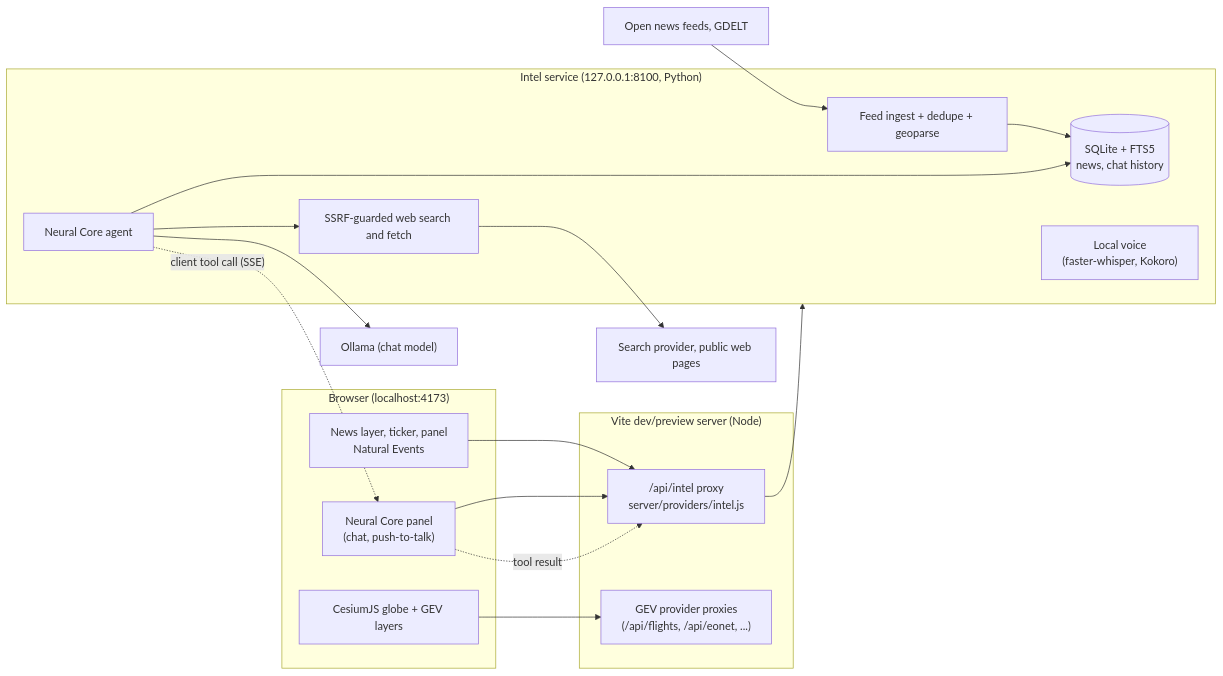
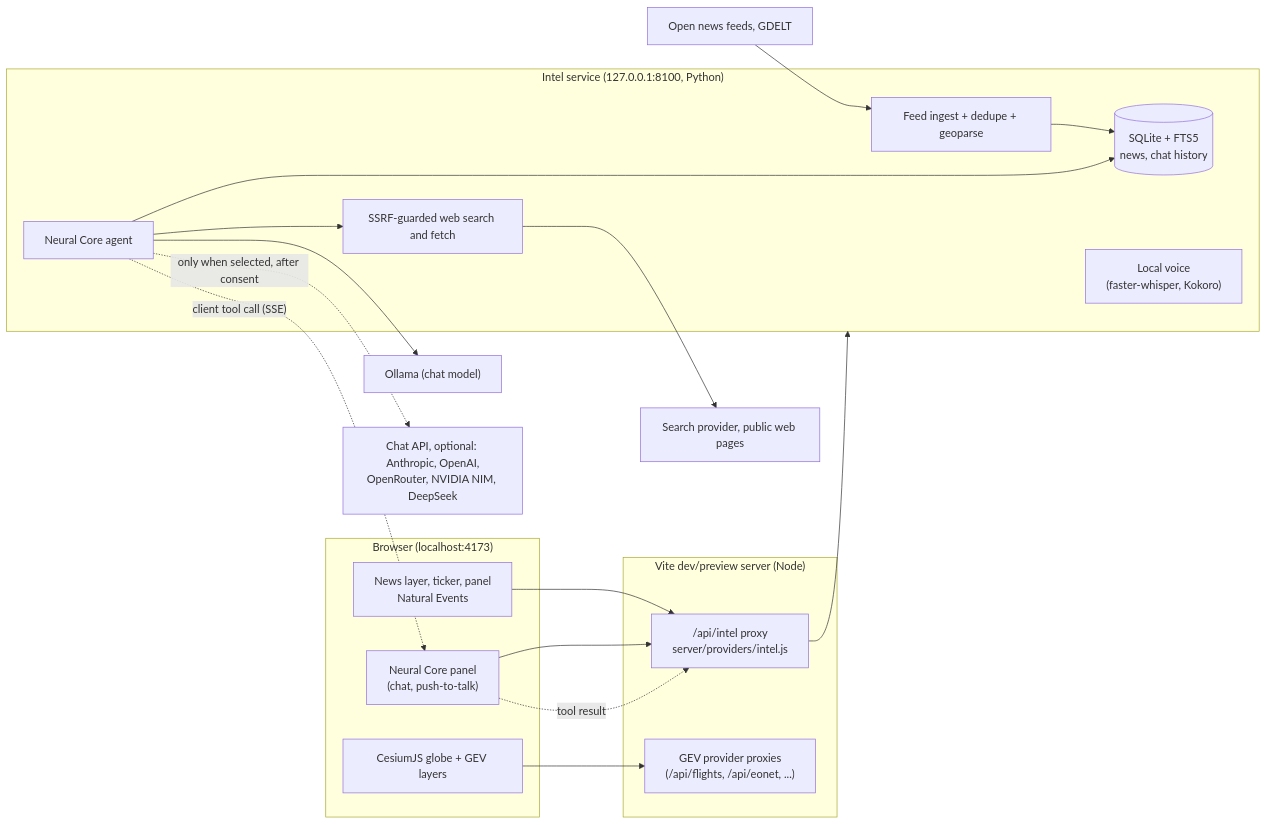
The diagram in docs/ARCHITECTURE.md (MuraliKannan172/SPECTRE), drawn with Mermaid before and after one commit. The commit also changed other lines of this file and 5 other files, not shown here.

````diff
--- a/docs/ARCHITECTURE.md
+++ b/docs/ARCHITECTURE.md
@@ -5,33 +5,35 @@
 ```mermaid
 flowchart LR
   subgraph Browser["Browser (localhost:4173)"]
     Globe["CesiumJS globe + GEV layers"]
     NewsUI["News layer, ticker, panel<br/>Natural Events"]
     NC["Neural Core panel<br/>(chat, push-to-talk)"]
   end
   subgraph Vite["Vite dev/preview server (Node)"]
     Proxy["/api/intel proxy<br/>server/providers/intel.js"]
     GevProviders["GEV provider proxies<br/>(/api/flights, /api/eonet, ...)"]
   end
   subgraph Intel["Intel service (127.0.0.1:8100, Python)"]
     Ingest["Feed ingest + dedupe + geoparse"]
     Store[("SQLite + FTS5<br/>news, chat history")]
     Agent["Neural Core agent"]
     Web["SSRF-guarded web search and fetch"]
     Voice["Local voice<br/>(faster-whisper, Kokoro)"]
   end
   Ollama["Ollama (chat model)"]
   Feeds["Open news feeds, GDELT"]
   Internet["Search provider, public web pages"]
+  Cloud["Chat API, optional: Anthropic, OpenAI,<br/>OpenRouter, NVIDIA NIM, DeepSeek"]
 
   Globe --> GevProviders
   NewsUI --> Proxy
   NC --> Proxy
   Proxy --> Intel
   Feeds --> Ingest --> Store
   Agent --> Store
   Agent --> Ollama
+  Agent -. "only when selected, after consent" .-> Cloud
   Agent --> Web --> Internet
   Agent -. "client tool call (SSE)" .-> NC
   NC -. "tool result" .-> Proxy
 ```
````
